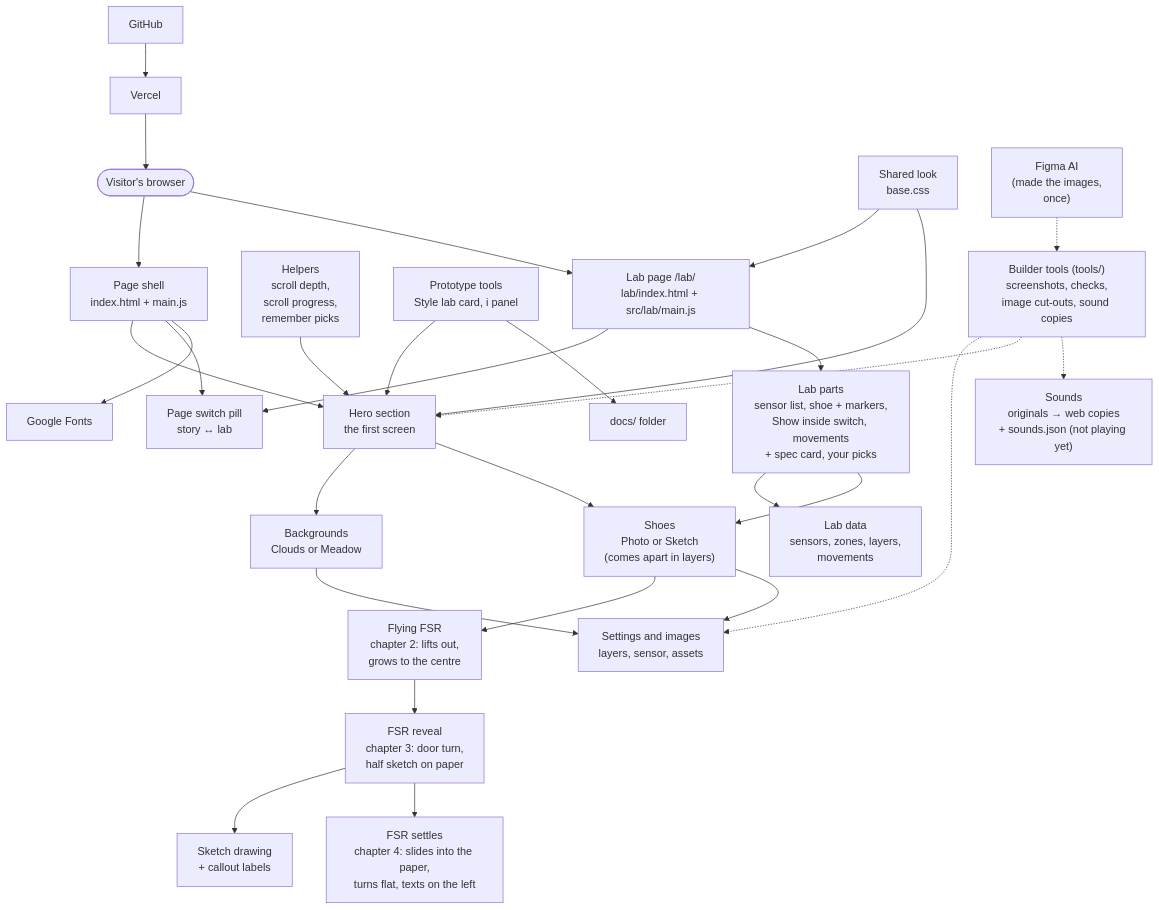
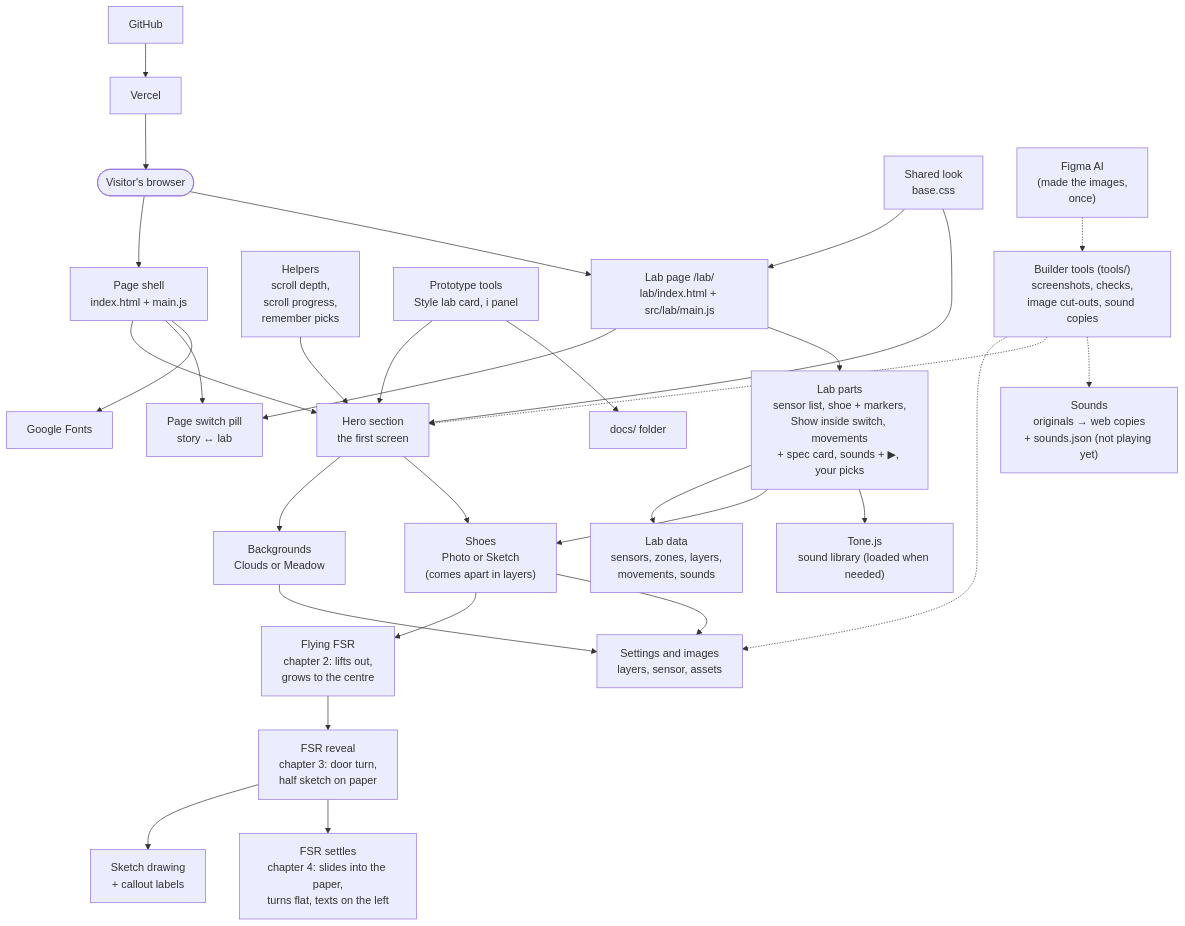
One commit to Veruzka/magic-shoes-presentation changed the diagram in docs/architecture.md. Above: the diagram before and after it, drawn with Mermaid. The commit also changed other lines of this file and 15 other files, not shown here.

Commit message:
Lab piece 4: sounds list, Deep boom made with Tone.js, play preview

````diff
--- a/docs/architecture.md
+++ b/docs/architecture.md
@@ -3,51 +3,53 @@
 ```mermaid
 flowchart TD
   visitor(["Visitor's browser"])
   page["Page shell<br/>index.html + main.js"]
   hero["Hero section<br/>the first screen"]
   bg["Backgrounds<br/>Clouds or Meadow"]
   shoe["Shoes<br/>Photo or Sketch<br/>(comes apart in layers)"]
   flight["Flying FSR<br/>chapter 2: lifts out,<br/>grows to the centre"]
   reveal["FSR reveal<br/>chapter 3: door turn,<br/>half sketch on paper"]
   sketch["Sketch drawing<br/>+ callout labels"]
   settle["FSR settles<br/>chapter 4: slides into the paper,<br/>turns flat, texts on the left"]
   data["Settings and images<br/>layers, sensor, assets"]
   helpers["Helpers<br/>scroll depth,<br/>scroll progress,<br/>remember picks"]
   styles["Shared look<br/>base.css"]
   tools["Prototype tools<br/>Style lab card, i panel"]
   lab["Lab page /lab/<br/>lab/index.html + src/lab/main.js"]
-  labdata["Lab data<br/>sensors, zones, layers,<br/>movements"]
-  labparts["Lab parts<br/>sensor list, shoe + markers,<br/>Show inside switch, movements<br/>+ spec card, your picks"]
+  labdata["Lab data<br/>sensors, zones, layers,<br/>movements, sounds"]
+  labparts["Lab parts<br/>sensor list, shoe + markers,<br/>Show inside switch, movements<br/>+ spec card, sounds + ▶, your picks"]
+  tonejs["Tone.js<br/>sound library (loaded when needed)"]
   pill["Page switch pill<br/>story ↔ lab"]
   docs["docs/ folder"]
   github["GitHub"]
   vercel["Vercel"]
   fonts["Google Fonts"]
   figma["Figma AI<br/>(made the images,<br/>once)"]
   devtools["Builder tools (tools/)<br/>screenshots, checks,<br/>image cut-outs, sound copies"]
   sounds["Sounds<br/>originals → web copies<br/>+ sounds.json (not playing yet)"]
 
   visitor --> page --> hero
   visitor --> lab
   page --> pill
   lab --> pill
   lab --> labparts --> labdata
   labparts --> shoe
+  labparts --> tonejs
   styles --> lab
   hero --> bg
   hero --> shoe
   shoe --> flight
   flight --> reveal --> sketch
   reveal --> settle
   bg --> data
   shoe --> data
   helpers --> hero
   styles --> hero
   tools --> hero
   tools --> docs
   page --> fonts
   github --> vercel --> visitor
   figma -.-> devtools -.-> data
   devtools -.-> hero
   devtools -.-> sounds
 ```
````
